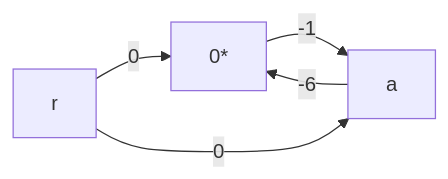
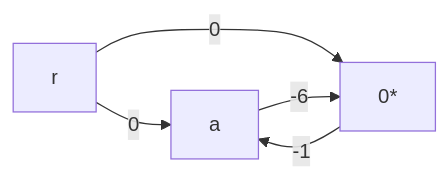
One commit to bathan1/caprice-lang changed the seventh of 9 diagrams in docs/blue3_report/programming_blue3.md. Above: the diagram before and after it, drawn with Mermaid. The commit also changed other lines of this file and 9 other files, not shown here.

````diff
--- a/docs/blue3_report/programming_blue3.md
+++ b/docs/blue3_report/programming_blue3.md
@@ -653,11 +371,5 @@
 ```mermaid
 graph LR
-  n0["0*"]
-  na["a"]
-  nr["r"]
-
-  na -->|"-6"| n0
-  n0 -->|"-1"| na
-  nr -->|"0"| n0
-  nr -->|"0"| na
+  na["a"] -->|"-6"| n0["0*"]; n0["0*"] -->|"-1"| na["a"]
+  nr["r"] -->|"0"| n0["0*"]; nr["r"] -->|"0"| na["a"]
 ```
````
